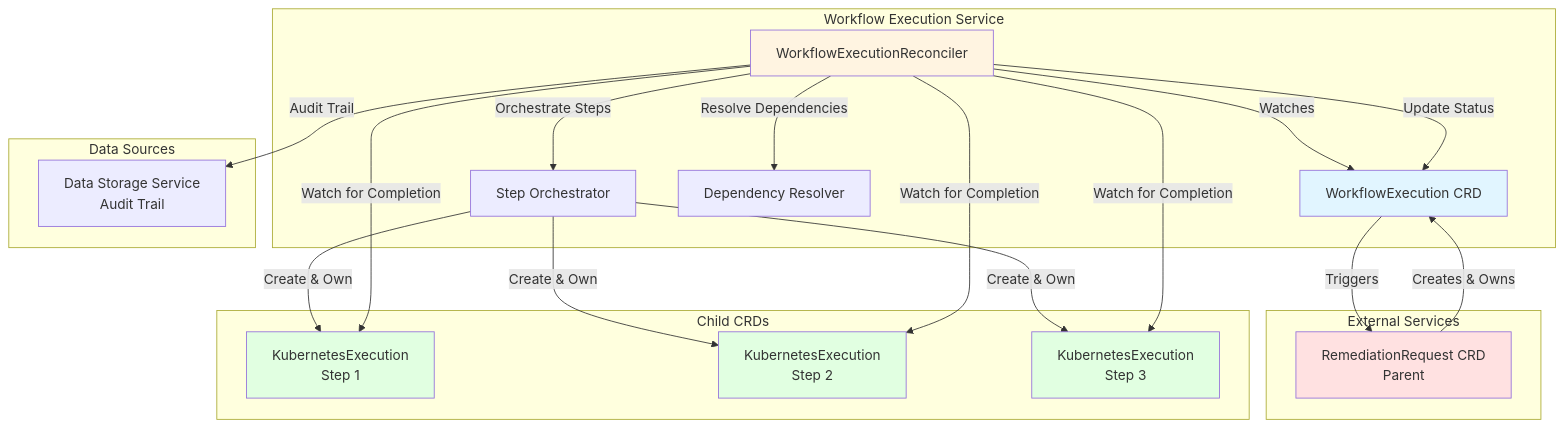
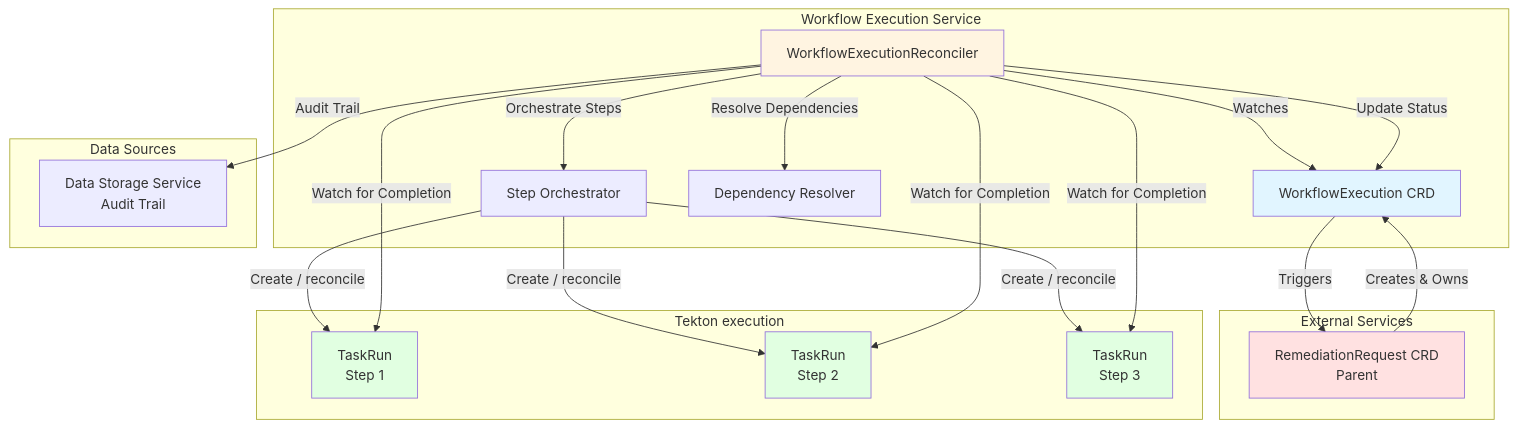
One commit to jordigilh/kubernaut changed the seventh of 13 diagrams in docs/architecture/references/visual-diagrams-master.md. Above: the diagram before and after it, drawn with Mermaid. The commit also changed other lines of this file and 63 other files, not shown here.

````diff
--- a/docs/architecture/references/visual-diagrams-master.md
+++ b/docs/architecture/references/visual-diagrams-master.md
@@ -253,44 +253,44 @@
 ```mermaid
 graph TB
     subgraph "Workflow Execution Service"
         WE[WorkflowExecution CRD]
         Controller[WorkflowExecutionReconciler]
         Orchestrator[Step Orchestrator]
         DependencyGraph[Dependency Resolver]
     end
 
     subgraph "External Services"
         AR[RemediationRequest CRD<br/>Parent]
     end
 
-    subgraph "Child CRDs"
-        KE1[KubernetesExecution<br/>Step 1]
-        KE2[KubernetesExecution<br/>Step 2]
-        KE3[KubernetesExecution<br/>Step 3]
+    subgraph "Tekton execution"
+        TR1[TaskRun<br/>Step 1]
+        TR2[TaskRun<br/>Step 2]
+        TR3[TaskRun<br/>Step 3]
     end
 
     subgraph "Data Sources"
         DB[Data Storage Service<br/>Audit Trail]
     end
 
     AR -->|Creates & Owns| WE
     Controller -->|Watches| WE
     Controller -->|Resolve Dependencies| DependencyGraph
     Controller -->|Orchestrate Steps| Orchestrator
-    Orchestrator -->|Create & Own| KE1
-    Orchestrator -->|Create & Own| KE2
-    Orchestrator -->|Create & Own| KE3
-    Controller -->|Watch for Completion| KE1
-    Controller -->|Watch for Completion| KE2
-    Controller -->|Watch for Completion| KE3
+    Orchestrator -->|Create / reconcile| TR1
+    Orchestrator -->|Create / reconcile| TR2
+    Orchestrator -->|Create / reconcile| TR3
+    Controller -->|Watch for Completion| TR1
+    Controller -->|Watch for Completion| TR2
+    Controller -->|Watch for Completion| TR3
     Controller -->|Update Status| WE
     Controller -->|Audit Trail| DB
     WE -->|Triggers| AR
 
     style WE fill:#e1f5ff
     style Controller fill:#fff4e1
     style AR fill:#ffe1e1
-    style KE1 fill:#e1ffe1
-    style KE2 fill:#e1ffe1
-    style KE3 fill:#e1ffe1
+    style TR1 fill:#e1ffe1
+    style TR2 fill:#e1ffe1
+    style TR3 fill:#e1ffe1
 ```
````
